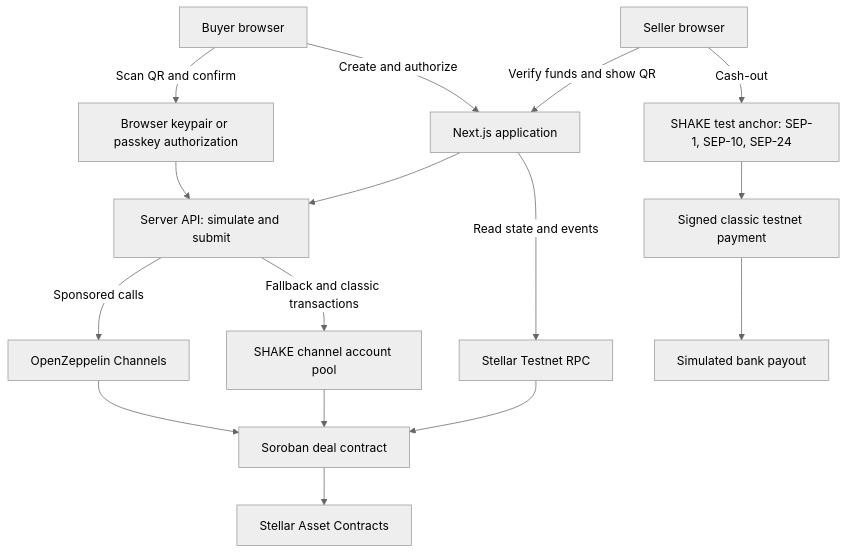
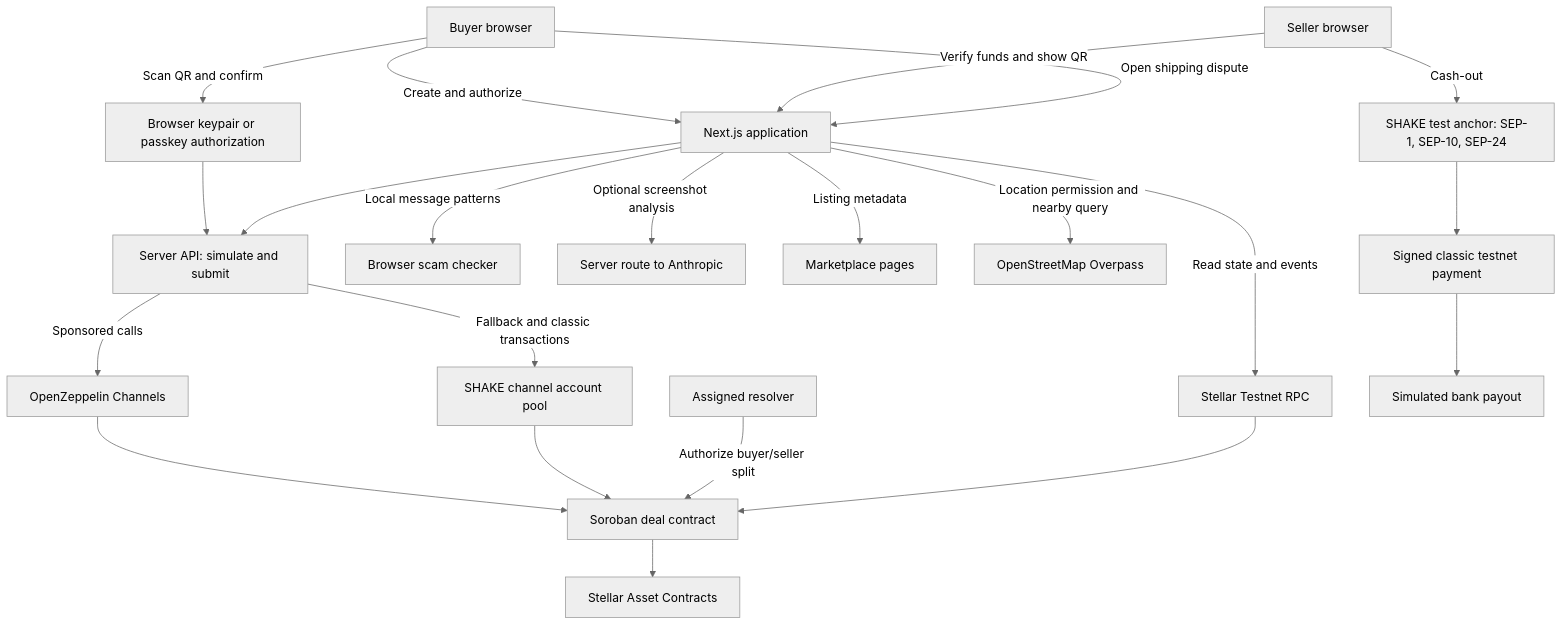
The first of 2 diagrams in README.md (franciscogfsm/shake), drawn with Mermaid (neutral theme) before and after one commit. The commit also changed other lines of this file and 7 other files, not shown here.

````diff
--- a/README.md
+++ b/README.md
@@ -111,18 +162,24 @@
 ```mermaid
 flowchart TD
     Buyer[Buyer browser] -->|Create and authorize| App[Next.js application]
     Seller[Seller browser] -->|Verify funds and show QR| App
     Buyer -->|Scan QR and confirm| Auth[Browser keypair or passkey authorization]
     Auth --> API[Server API: simulate and submit]
     App --> API
     API -->|Sponsored calls| Channels[OpenZeppelin Channels]
     API -->|Fallback and classic transactions| Pool[SHAKE channel account pool]
     Channels --> Contract[Soroban deal contract]
     Pool --> Contract
     Contract --> Assets[Stellar Asset Contracts]
+    Buyer -->|Open shipping dispute| App
+    Resolver[Assigned resolver] -->|Authorize buyer/seller split| Contract
     App -->|Read state and events| RPC[Stellar Testnet RPC]
     RPC --> Contract
+    App -->|Local message patterns| Check[Browser scam checker]
+    App -->|Optional screenshot analysis| Vision[Server route to Anthropic]
+    App -->|Listing metadata| Listings[Marketplace pages]
+    App -->|Location permission and nearby query| Maps[OpenStreetMap Overpass]
     Seller -->|Cash-out| Anchor[SHAKE test anchor: SEP-1, SEP-10, SEP-24]
     Anchor --> Payment[Signed classic testnet payment]
     Payment --> Bank[Simulated bank payout]
 ```
````
